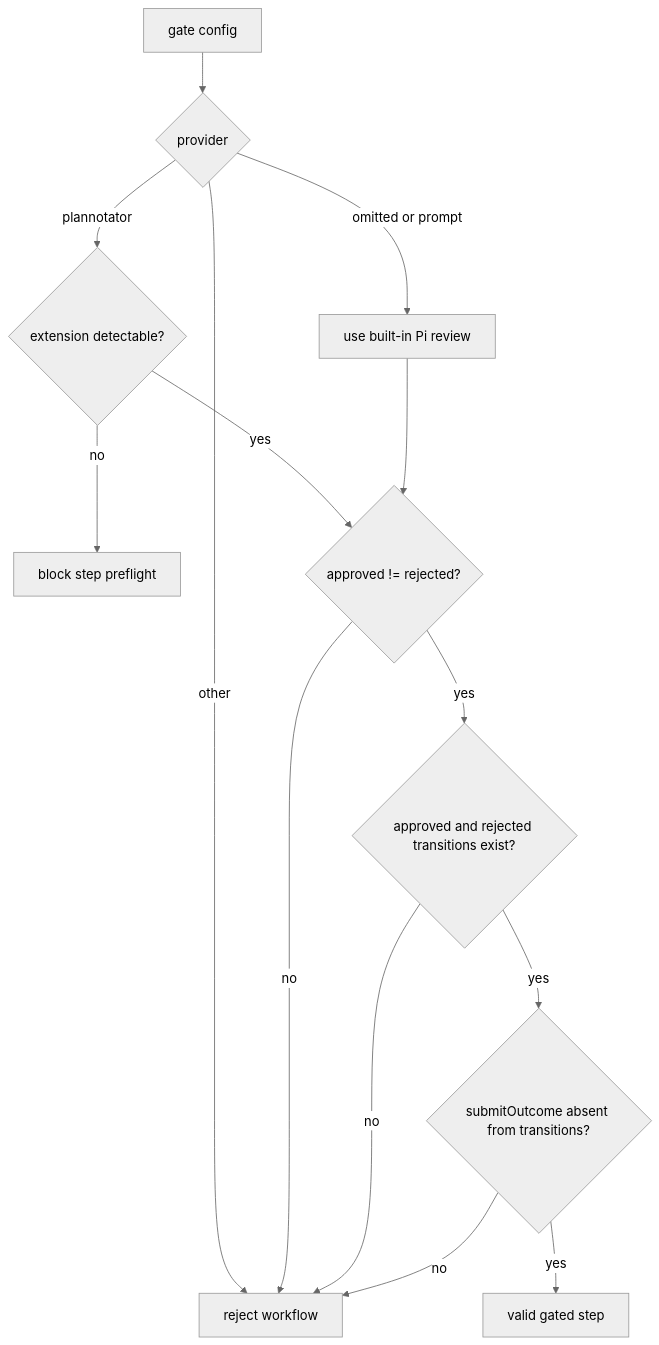
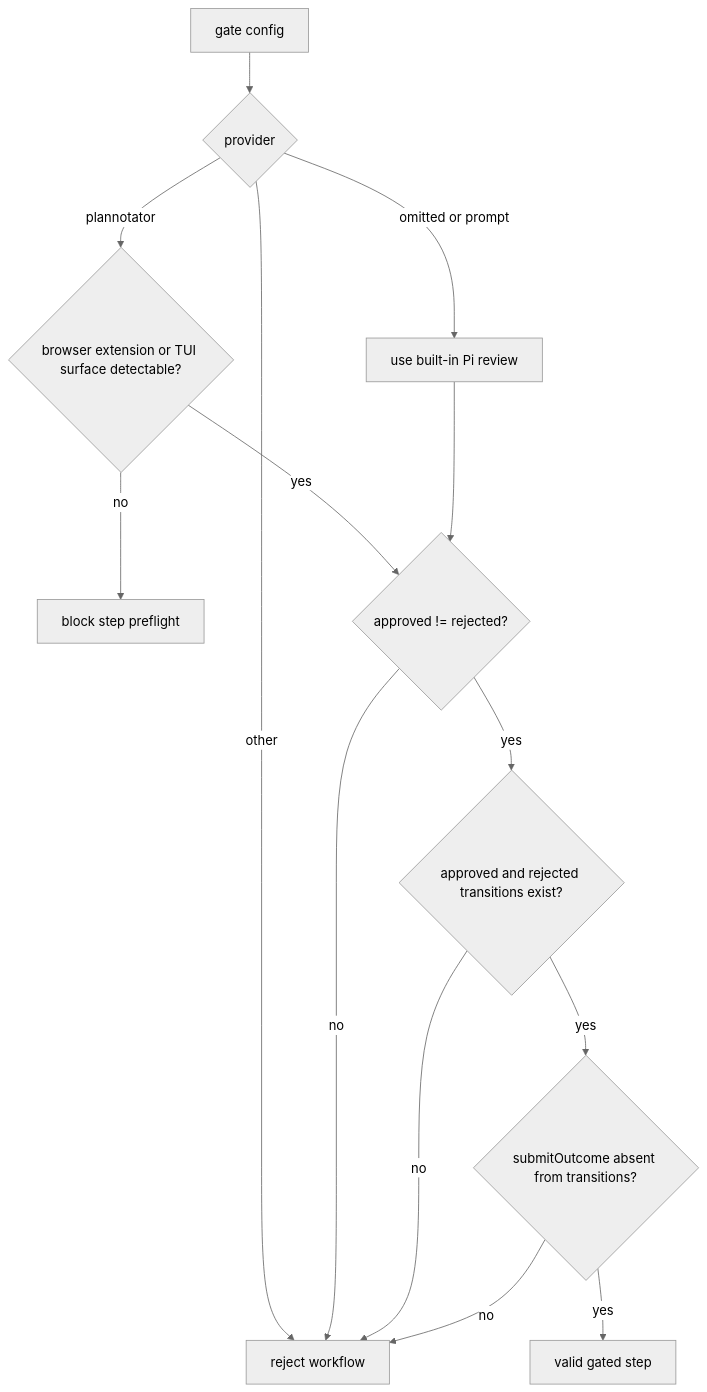
The second of 6 diagrams in openwiki/integrations/plannotator.md (wichayutdew/pi-workflows), drawn with Mermaid (neutral theme) before and after one commit. The commit also changed other lines of this file and 12 other files, not shown here.

First line of the commit message:
feat: prefer Plannotator TUI gates

````diff
--- a/openwiki/integrations/plannotator.md
+++ b/openwiki/integrations/plannotator.md
@@ -28,16 +28,16 @@
 ```mermaid
 flowchart TD
   Gate[gate config] --> Provider{provider}
   Provider -- omitted or prompt --> Prompt[use built-in Pi review]
-  Provider -- plannotator --> Detect{extension detectable?}
+  Provider -- plannotator --> Detect{browser extension or TUI surface detectable?}
   Provider -- other --> Reject[reject workflow]
   Detect -- no --> Preflight[block step preflight]
   Detect -- yes --> Outcomes{approved != rejected?}
   Prompt --> Outcomes
   Outcomes -- no --> Reject
   Outcomes -- yes --> Transitions{approved and rejected transitions exist?}
   Transitions -- no --> Reject
   Transitions -- yes --> Submit{submitOutcome absent from transitions?}
   Submit -- no --> Reject
   Submit -- yes --> Accept[valid gated step]
 ```
````
